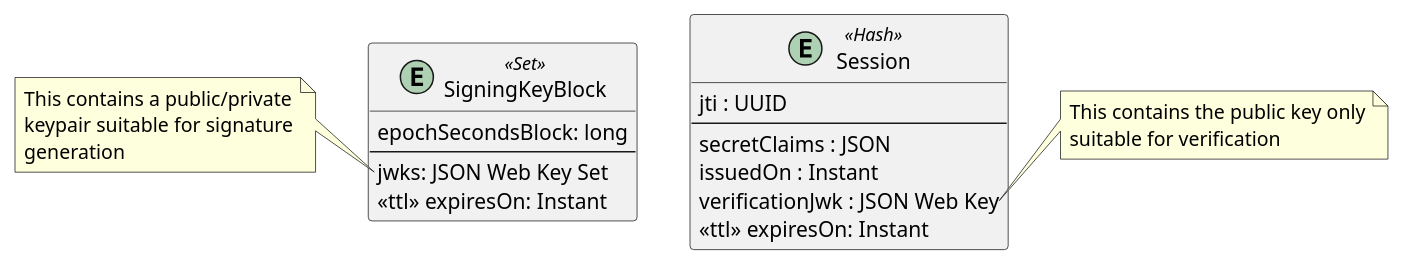
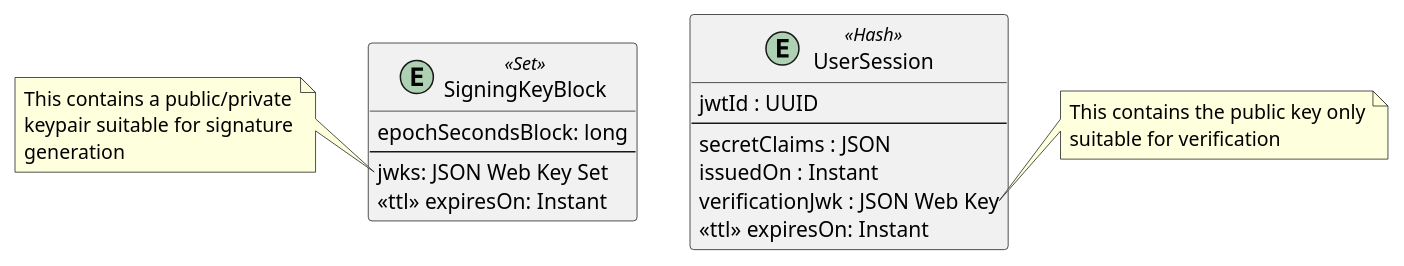
Before and after one commit to trajano/spring-cloud-demo: the diagram in src/puml/gateway-redis.puml, drawn with PlantUML. The commit also changed 31 other files, not shown here.

```diff
--- a/src/puml/gateway-redis.puml
+++ b/src/puml/gateway-redis.puml
@@ -1,26 +1,26 @@
 @startuml
 entity SigningKeyBlock <<Set>> {
   epochSecondsBlock: long
   --
   jwks: JSON Web Key Set
   <<ttl>> expiresOn: Instant
 }
 note left of SigningKeyBlock::jwks
 This contains a public/private
 keypair suitable for signature
 generation
 end note
-entity Session <<Hash>> {
-  jti : UUID
+entity UserSession <<Hash>> {
+  jwtId : UUID
   --
   secretClaims : JSON
   issuedOn : Instant
   verificationJwk : JSON Web Key
   <<ttl>> expiresOn: Instant
 }
-note right of Session::verificationJwk
+note right of UserSession::verificationJwk
 This contains the public key only
 suitable for verification
 end note
 
 @enduml
```
